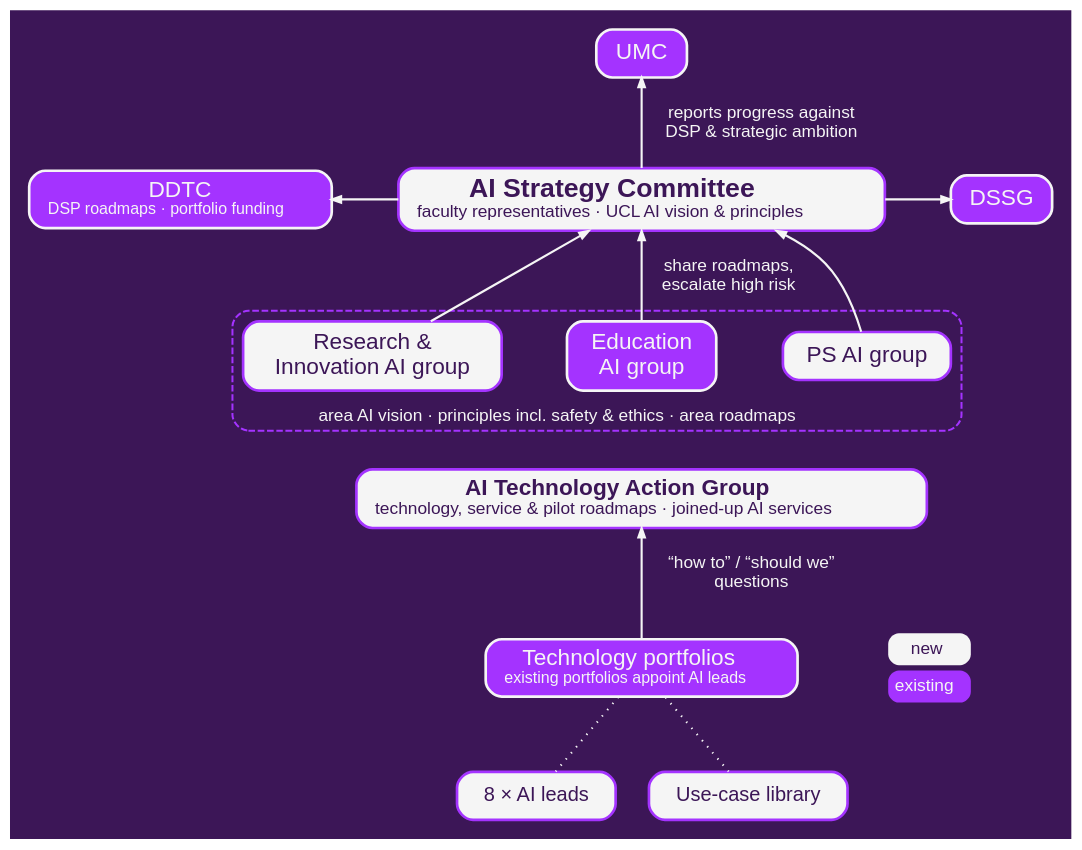
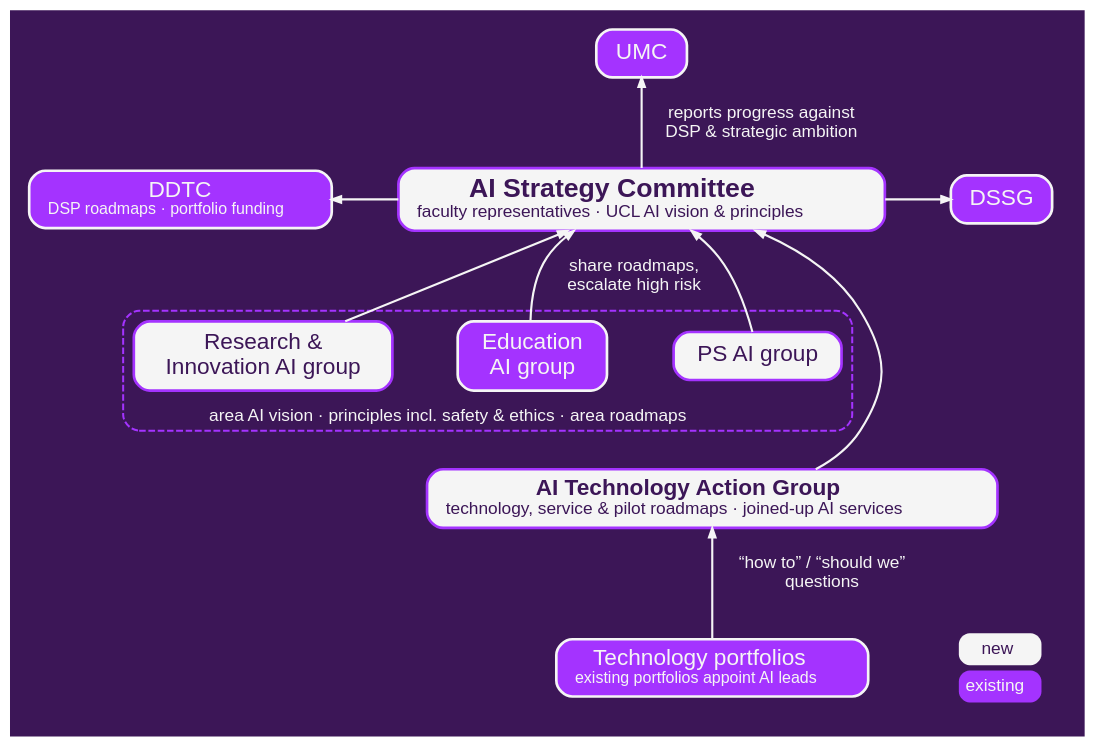
The diagram in ai_team/assets/sources/graphviz/governance.dot (jamespjh/talks), drawn with Graphviz before and after one commit. The commit also changed 17 other files, not shown here.

First line of the commit message:
Townhall talk: logos with tooltips, diagram refinements, trims

```diff
--- a/ai_team/assets/sources/graphviz/governance.dot
+++ b/ai_team/assets/sources/graphviz/governance.dot
@@ -1,60 +1,54 @@
-// Proposed AI governance structure.
+// Approved AI governance structure.
 // White = new body, purple = existing body (as in the original slide's key).
 digraph governance {
     graph [bgcolor="#3c1657", rankdir="BT", nodesep="0.35", ranksep="0.55", pad="0.2",
            fontname="Helvetica", fontcolor="#f5f5f5", newrank="true"];
     node  [shape="box", style="filled,rounded", fontname="Helvetica", fontsize="17",
            margin="0.2,0.1", penwidth="2", color="#a433ff"];
     edge  [color="#f5f5f5", penwidth="1.6", arrowsize="0.7", fontname="Helvetica",
            fontcolor="#f5f5f5", fontsize="13"];
 
     // existing bodies
     node [fillcolor="#a433ff", fontcolor="#f5f5f5", color="#f5f5f5"];
     umc  [label="UMC", group="spine"];
     ddtc [label=<DDTC<BR/><FONT POINT-SIZE="12">DSP roadmaps · portfolio funding</FONT>>];
     dssg [label="DSSG"];
     edu  [label="Education\nAI group", group="spine"];
     portfolios [group="spine", label=<Technology portfolios<BR/><FONT POINT-SIZE="12">existing portfolios appoint AI leads</FONT>>];
 
     // new bodies
     node [fillcolor="#f5f5f5", fontcolor="#3c1657", color="#a433ff"];
     strategy [group="spine", label=<<B>AI Strategy Committee</B><BR/><FONT POINT-SIZE="13">faculty representatives · UCL AI vision &amp; principles</FONT>>, fontsize="20"];
     ri   [label="Research &\nInnovation AI group"];
     ps   [label="PS AI group"];
     atag [group="spine", label=<<B>AI Technology Action Group</B><BR/><FONT POINT-SIZE="13">technology, service &amp; pilot roadmaps · joined-up AI services</FONT>>];
-    leads   [label="8 × AI leads", fontsize="15"];
-    library [label="Use-case library", fontsize="15"];
 
     // area groups sit side by side
     subgraph cluster_areas {
         label=<<FONT POINT-SIZE="13">area AI vision · principles incl. safety &amp; ethics · area roadmaps</FONT>>;
         labelloc="t"; color="#a433ff"; style="rounded,dashed"; penwidth="1.5";
         ri; edu; ps;
         { rank="same"; ri; edu; ps; }
         ri -> edu -> ps [style="invis"];
     }
 
-    // portfolio contents
-    leads -> portfolios [arrowhead="none", style="dotted"];
-    library -> portfolios [arrowhead="none", style="dotted"];
-
     portfolios -> atag [label="  “how to” / “should we”\n  questions"];
     atag -> edu [style="invis"];
+    atag -> strategy;
     edu -> strategy [label="  share roadmaps,\n  escalate high risk"];
     ri -> strategy; ps -> strategy;
     strategy -> umc [label="  reports progress against\n  DSP & strategic ambition"];
     ddtc -> strategy [dir="back"];
     strategy -> dssg;
 
     { rank="same"; ddtc; strategy; dssg; }
-    { rank="same"; leads; library; }
 
     // key, beside the portfolios
     key [shape="plaintext", style="", label=<
       <TABLE BORDER="0" CELLSPACING="4" CELLPADDING="5">
         <TR><TD BGCOLOR="#f5f5f5" STYLE="ROUNDED"><FONT COLOR="#3c1657" POINT-SIZE="13">new</FONT></TD></TR>
         <TR><TD BGCOLOR="#a433ff" STYLE="ROUNDED"><FONT COLOR="#f5f5f5" POINT-SIZE="13">existing</FONT></TD></TR>
       </TABLE>>];
     portfolios -> key [style="invis"];
     { rank="same"; portfolios; key; }
 }
```
